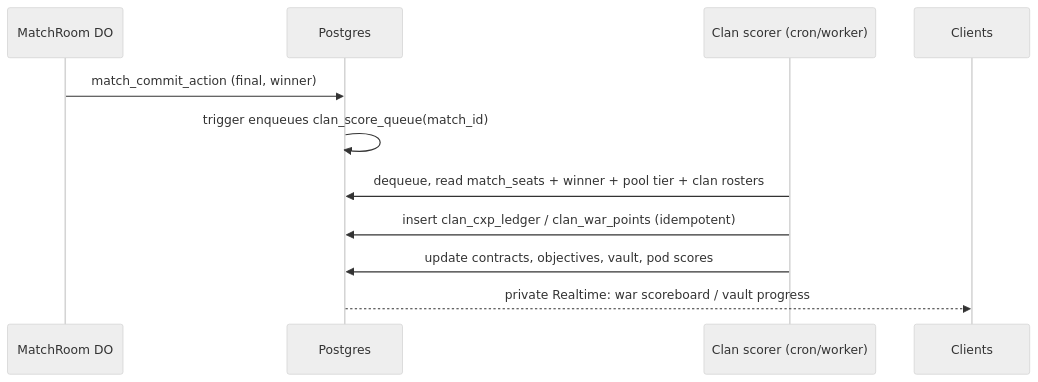
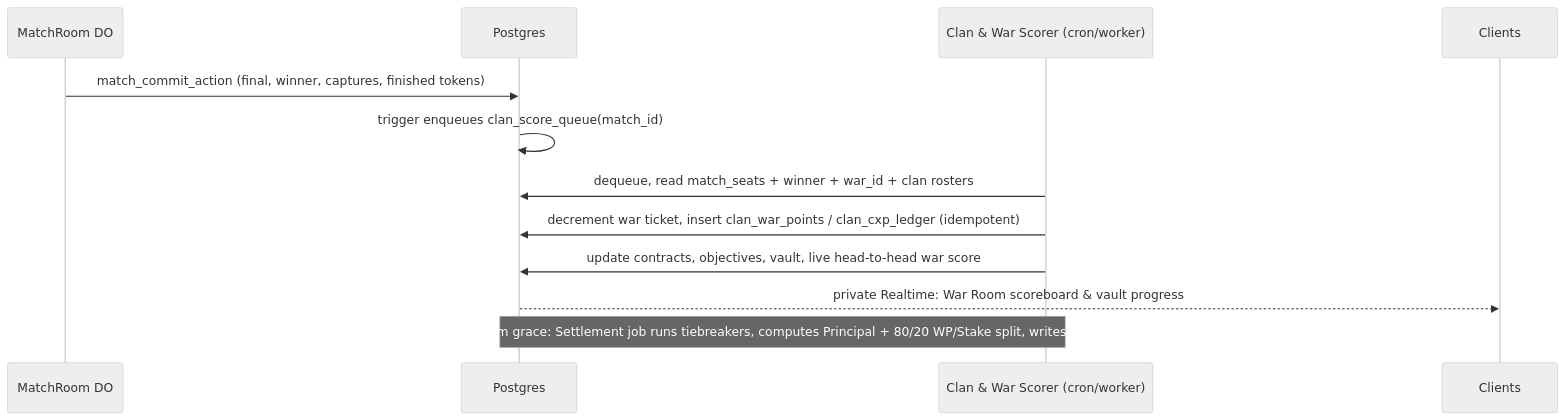
One commit to mrongSubho/ludo-base changed the sixth of 6 diagrams in docs/planning/CLAN_SYSTEM_PLAN.md. Above: the diagram before and after it, drawn with Mermaid (neutral theme). The commit also changed other lines of this file, not shown here.

Commit message:
docs(planning): stake-backed Clan War lifecycle — Call-to-Arms buy-in, War Board stake adjustment, 48h prep, 48h war, settlement

````diff
--- a/docs/planning/CLAN_SYSTEM_PLAN.md
+++ b/docs/planning/CLAN_SYSTEM_PLAN.md
@@ -526,13 +670,14 @@
 ```mermaid
 sequenceDiagram
     participant Room as MatchRoom DO
     participant DB as Postgres
-    participant Worker as Clan scorer (cron/worker)
+    participant Worker as Clan & War Scorer (cron/worker)
     participant UI as Clients
-    Room->>DB: match_commit_action (final, winner)
+    Room->>DB: match_commit_action (final, winner, captures, finished tokens)
     DB->>DB: trigger enqueues clan_score_queue(match_id)
-    Worker->>DB: dequeue, read match_seats + winner + pool tier + clan rosters
-    Worker->>DB: insert clan_cxp_ledger / clan_war_points (idempotent)
-    Worker->>DB: update contracts, objectives, vault, pod scores
-    DB-->>UI: private Realtime: war scoreboard / vault progress
+    Worker->>DB: dequeue, read match_seats + winner + war_id + clan rosters
+    Worker->>DB: decrement war ticket, insert clan_war_points / clan_cxp_ledger (idempotent)
+    Worker->>DB: update contracts, objectives, vault, live head-to-head war score
+    DB-->>UI: private Realtime: War Room scoreboard & vault progress
+    Note over Worker,DB: At war_end_at + 15m grace: Settlement job runs tiebreakers, computes Principal + 80/20 WP/Stake split, writes clan_reward_leaves
 ```
````
